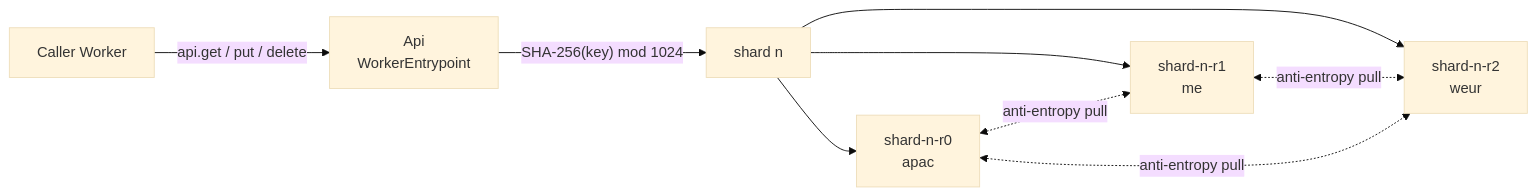
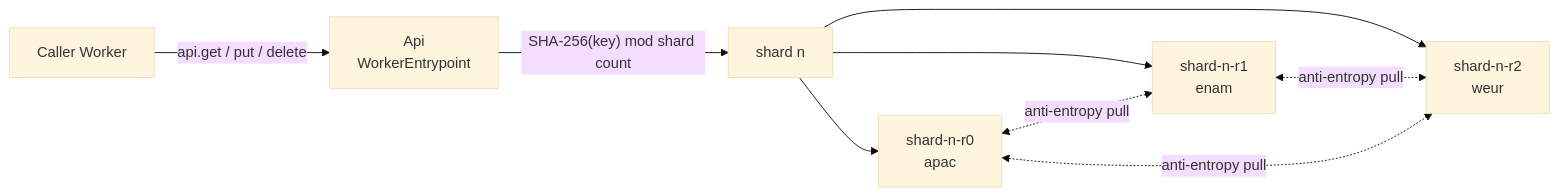
Before and after one commit to boarush/quorum-kv: the first of 4 diagrams in README.md, drawn with Mermaid (base theme). The commit also changed other lines of this file and 4 other files, not shown here.

````diff
--- a/README.md
+++ b/README.md
@@ -98,11 +99,11 @@
 ```mermaid
 flowchart LR
     C[Caller Worker] -->|"api.get / put / delete"| W["Api<br/>WorkerEntrypoint"]
-    W -->|"SHA-256(key) mod 1024"| S["shard n"]
+    W -->|"SHA-256(key) mod shard count"| S["shard n"]
     S --> R0["shard-n-r0<br/>apac"]
-    S --> R1["shard-n-r1<br/>me"]
+    S --> R1["shard-n-r1<br/>enam"]
     S --> R2["shard-n-r2<br/>weur"]
     R0 <-.->|"anti-entropy pull"| R1
     R1 <-.->|"anti-entropy pull"| R2
     R0 <-.->|"anti-entropy pull"| R2
 ```
````
